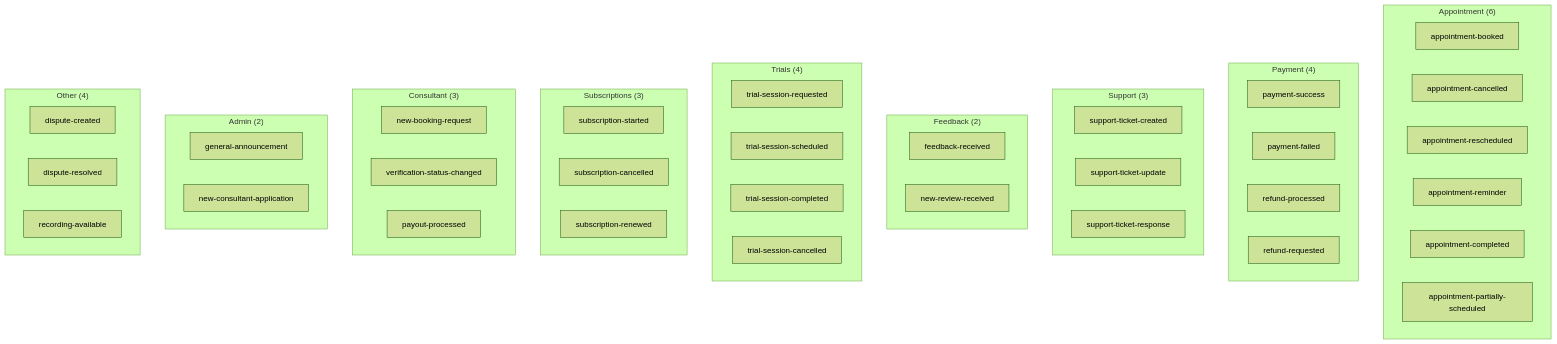
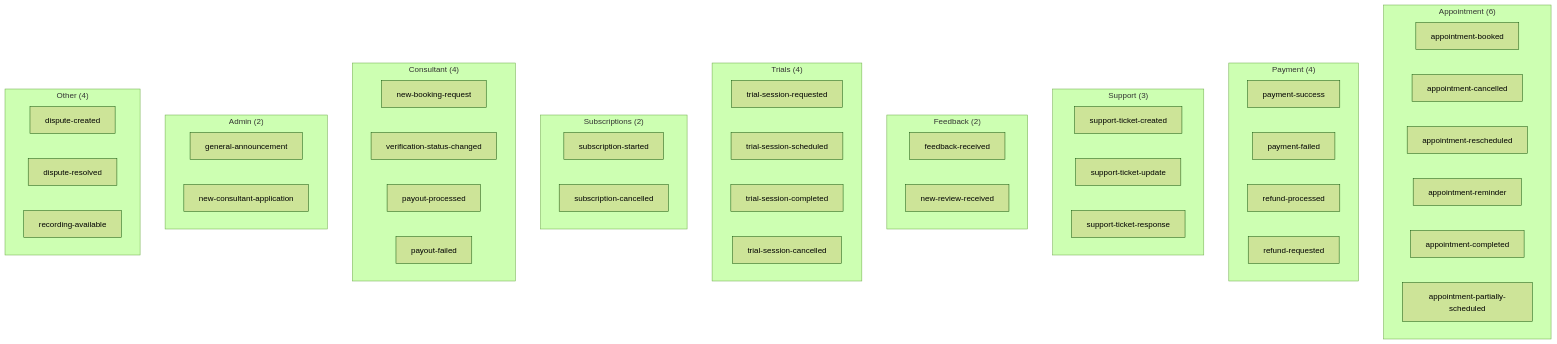
The first of 3 diagrams in docs/notifications/02-workflows-and-api.md (Practitionist/familiarise_web), drawn with Mermaid (forest theme) before and after one commit. The commit also changed other lines of this file and 15 other files, not shown here.

````diff
--- a/docs/notifications/02-workflows-and-api.md
+++ b/docs/notifications/02-workflows-and-api.md
@@ -7,59 +7,59 @@
 ```mermaid
 graph TD
     subgraph "Appointment (6)"
         W1[appointment-booked]
         W2[appointment-cancelled]
         W3[appointment-rescheduled]
         W4[appointment-reminder]
         W5[appointment-completed]
         W5b[appointment-partially-scheduled]
     end
 
     subgraph "Payment (4)"
         W6[payment-success]
         W7[payment-failed]
         W8[refund-processed]
         W9[refund-requested]
     end
 
     subgraph "Support (3)"
         W10[support-ticket-created]
         W11[support-ticket-update]
         W12[support-ticket-response]
     end
 
     subgraph "Feedback (2)"
         W13[feedback-received]
         W14[new-review-received]
     end
 
     subgraph "Trials (4)"
         W15[trial-session-requested]
         W16[trial-session-scheduled]
         W17[trial-session-completed]
         W18[trial-session-cancelled]
     end
 
-    subgraph "Subscriptions (3)"
+    subgraph "Subscriptions (2)"
         W19[subscription-started]
         W20[subscription-cancelled]
-        W21[subscription-renewed]
     end
 
-    subgraph "Consultant (3)"
+    subgraph "Consultant (4)"
         W22[new-booking-request]
         W23[verification-status-changed]
         W24[payout-processed]
+        W24b[payout-failed]
     end
 
     subgraph "Admin (2)"
         W25[general-announcement]
         W26[new-consultant-application]
     end
 
     subgraph "Other (4)"
         W28[dispute-created]
         W29[dispute-resolved]
         W30[recording-available]
     end
 ```
````
